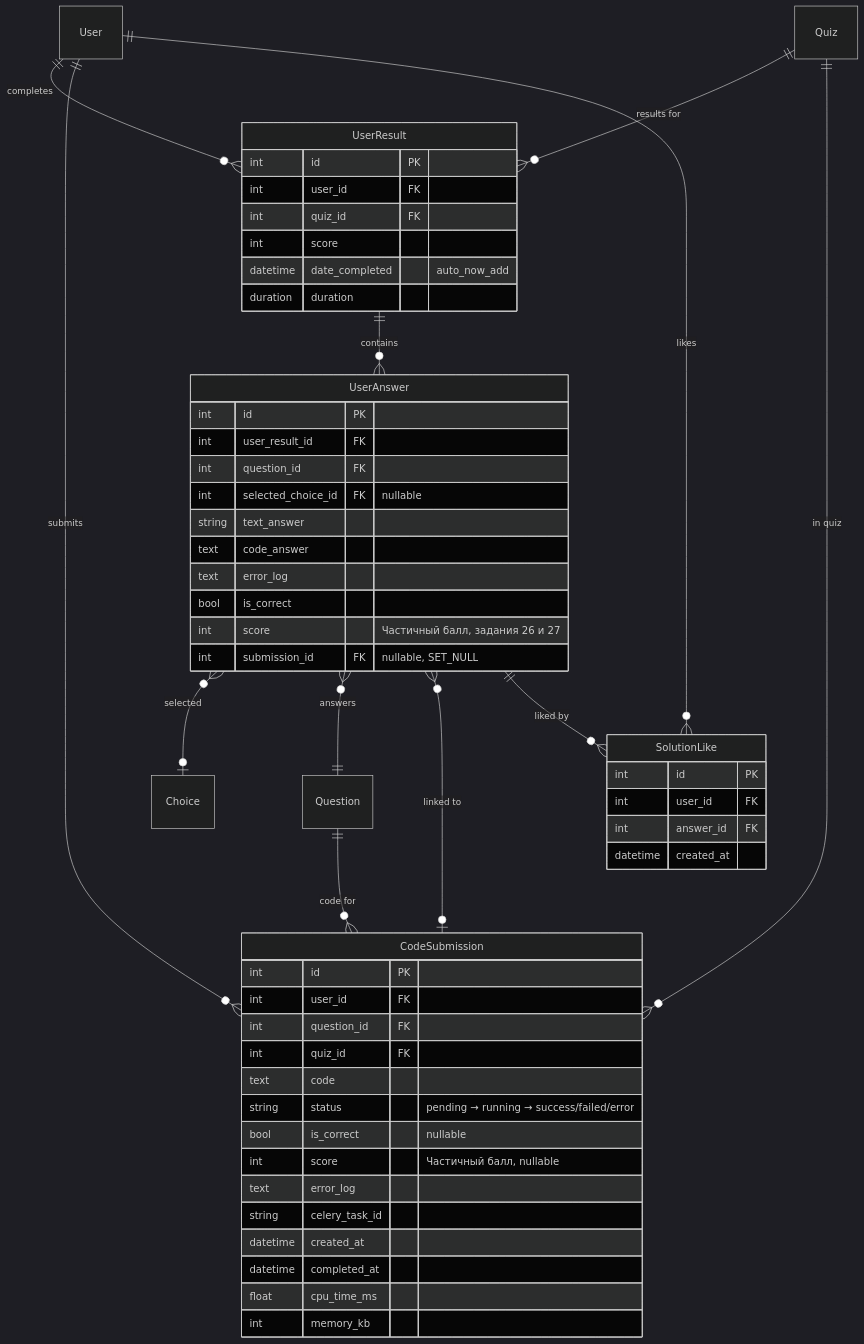
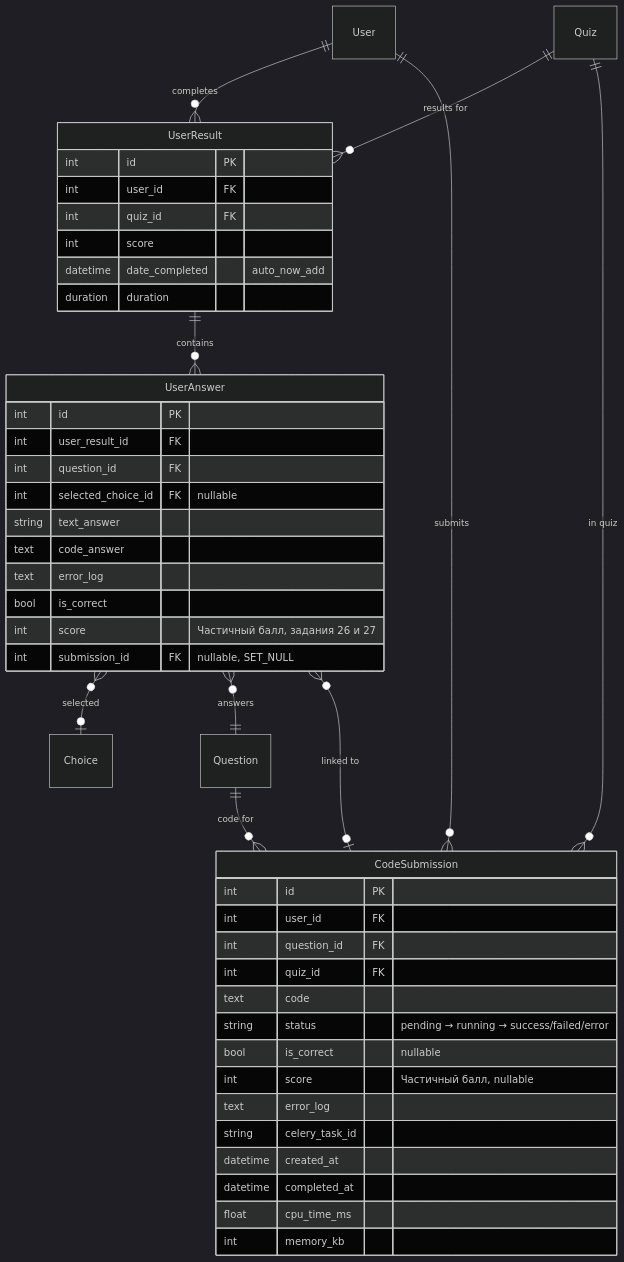
One commit to Kirill2517nv/SiteAboutMe changed the fifth of 11 diagrams in docs/database/er-diagram.md. Above: the diagram before and after it, drawn with Mermaid (dark theme). The commit also changed other lines of this file and 73 other files, not shown here.

````diff
--- a/docs/database/er-diagram.md
+++ b/docs/database/er-diagram.md
@@ -295,60 +296,51 @@
 ```mermaid
 erDiagram
     User ||--o{ UserResult : "completes"
     Quiz ||--o{ UserResult : "results for"
     UserResult ||--o{ UserAnswer : "contains"
     UserAnswer }o--o| Choice : "selected"
     UserAnswer }o--|| Question : "answers"
     UserAnswer }o--o| CodeSubmission : "linked to"
     User ||--o{ CodeSubmission : "submits"
     Question ||--o{ CodeSubmission : "code for"
     Quiz ||--o{ CodeSubmission : "in quiz"
-    UserAnswer ||--o{ SolutionLike : "liked by"
-    User ||--o{ SolutionLike : "likes"
 
     UserResult {
         int id PK
         int user_id FK
         int quiz_id FK
         int score
         datetime date_completed "auto_now_add"
         duration duration
     }
 
     UserAnswer {
         int id PK
         int user_result_id FK
         int question_id FK
         int selected_choice_id FK "nullable"
         string text_answer
         text code_answer
         text error_log
         bool is_correct
         int score "Частичный балл, задания 26 и 27"
         int submission_id FK "nullable, SET_NULL"
     }
 
     CodeSubmission {
         int id PK
         int user_id FK
         int question_id FK
         int quiz_id FK
         text code
         string status "pending → running → success/failed/error"
         bool is_correct "nullable"
         int score "Частичный балл, nullable"
         text error_log
         string celery_task_id
         datetime created_at
         datetime completed_at
         float cpu_time_ms
         int memory_kb
     }
-
-    SolutionLike {
-        int id PK
-        int user_id FK
-        int answer_id FK
-        datetime created_at
-    }
 ```
````
